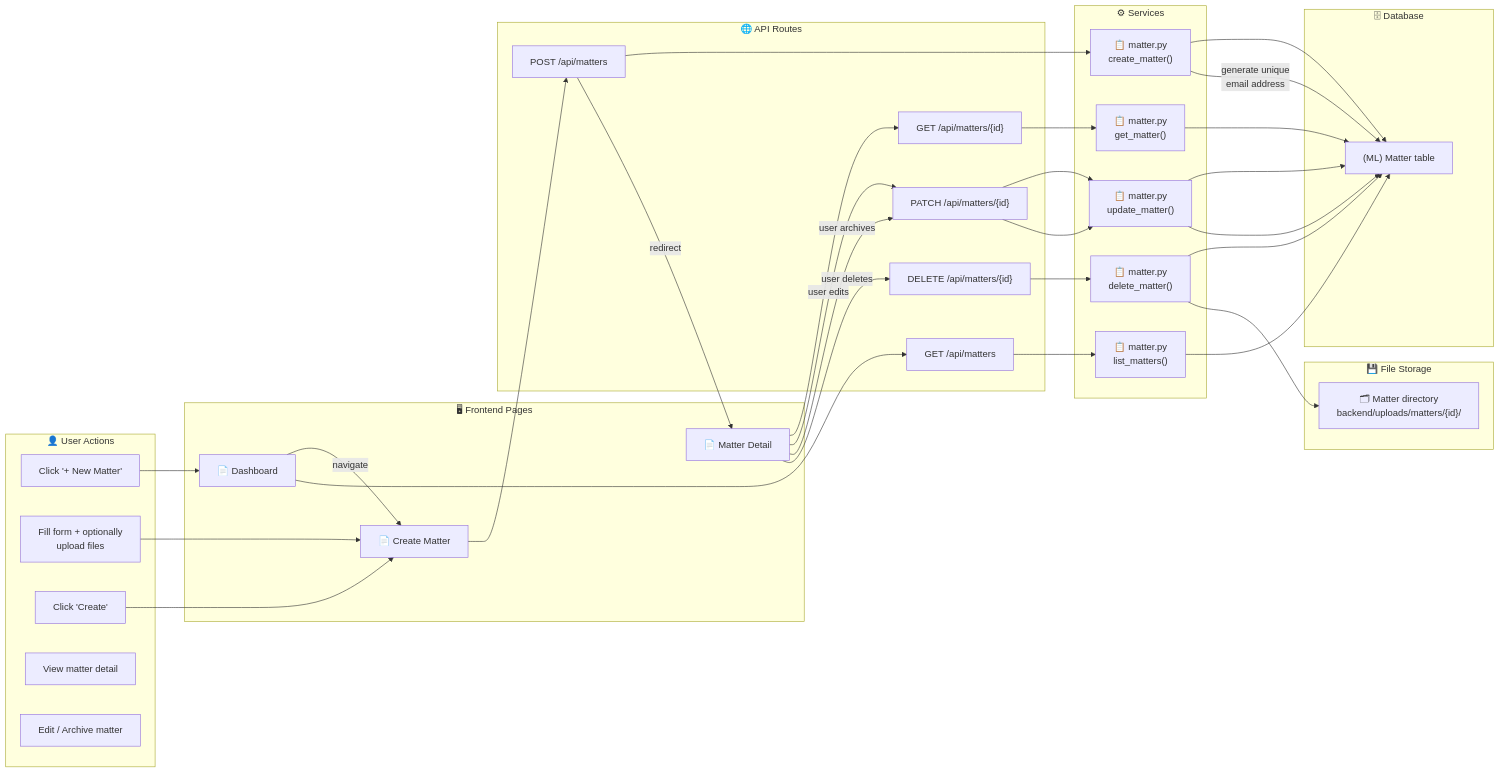
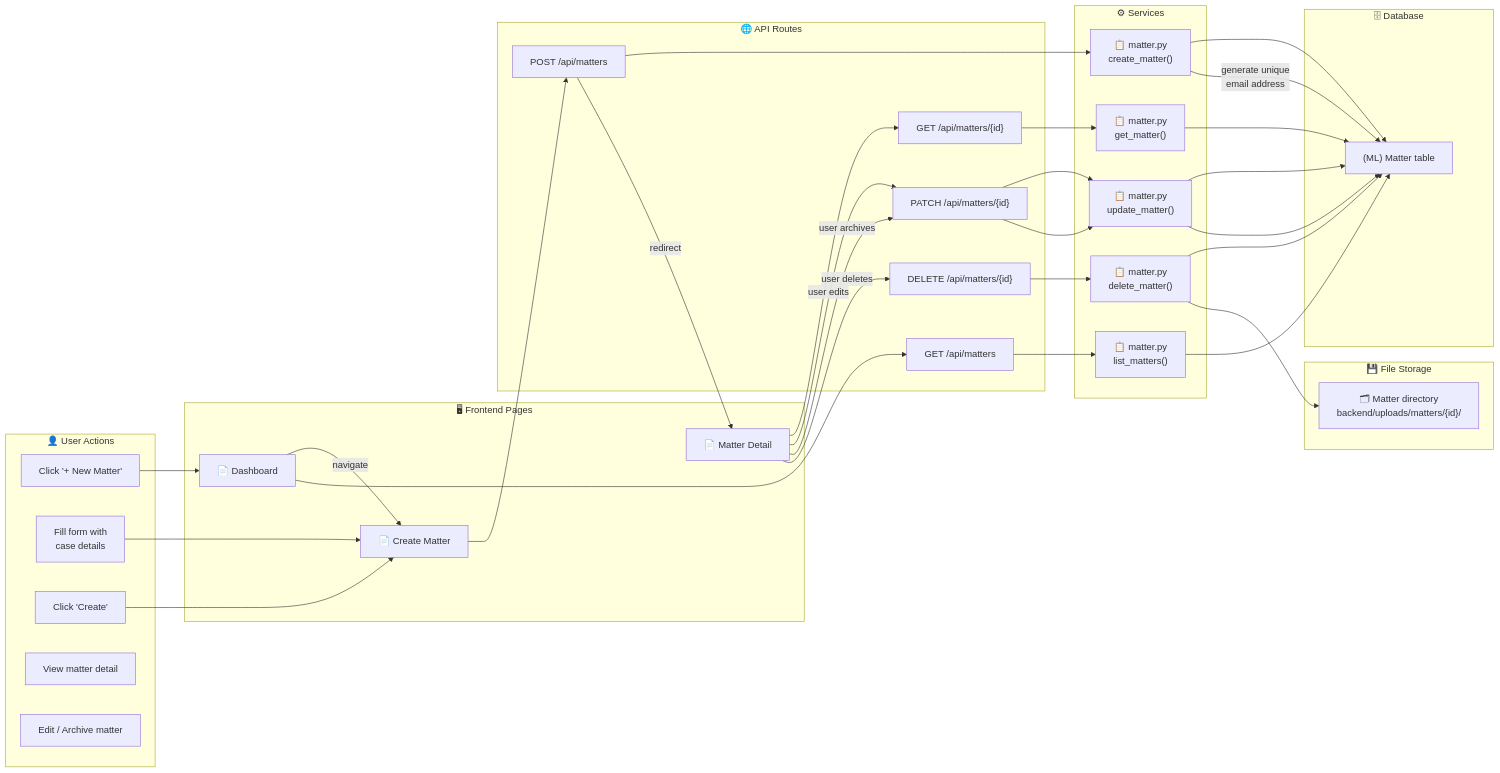
One commit to Ashutsoh1729/autolaw changed the second of 10 diagrams in docs/workflows.md. Above: the diagram before and after it, drawn with Mermaid. The commit also changed other lines of this file and 2 other files, not shown here.

Commit message:
refactor: remove file upload from CreateMatter page
Documents are uploaded separately on the MatterDetail page. Removing the
DropZone, useUpload, and file state from CreateMatter keeps the creation
flow fast and focused on metadata only.

Updates docs/workflows.md to reflect the simplified flow.

````diff
--- a/docs/workflows.md
+++ b/docs/workflows.md
@@ -103,71 +103,71 @@
 ```mermaid
 flowchart LR
     subgraph User["👤 User Actions"]
         A1["Click '+ New Matter'"]
-        A2["Fill form + optionally<br/>upload files"]
+        A2["Fill form with<br/>case details"]
         A3["Click 'Create'"]
         A4["View matter detail"]
         A5["Edit / Archive matter"]
     end
 
     subgraph Frontend["🖥 Frontend Pages"]
         F1["📄 Dashboard"]
         F2["📄 Create Matter"]
         F3["📄 Matter Detail"]
     end
 
     subgraph API["🌐 API Routes"]
         B1["POST /api/matters"]
         B2["GET /api/matters/{id}"]
         B3["PATCH /api/matters/{id}"]
         B4["DELETE /api/matters/{id}"]
         B5["GET /api/matters"]
     end
 
     subgraph Services["⚙ Services"]
         S1["📋 matter.py<br/>create_matter()"]
         S2["📋 matter.py<br/>get_matter()"]
         S3["📋 matter.py<br/>update_matter()"]
         S4["📋 matter.py<br/>delete_matter()"]
         S5["📋 matter.py<br/>list_matters()"]
     end
 
     subgraph DB["🗄 Database"]
         D1["(ML) Matter table"]
     end
 
     subgraph Storage["💾 File Storage"]
         ST1["🗂 Matter directory<br/>backend/uploads/matters/{id}/"]
     end
 
     A1 --> F1
     F1 -->|navigate| F2
     A2 --> F2
     A3 --> F2
     F2 --> B1
     B1 --> S1
     S1 --> D1
     S1 -->|generate unique<br/>email address| D1
     B1 -->|redirect| F3
 
     F3 --> B2
     B2 --> S2
     S2 --> D1
 
     F3 -->|user edits| B3
     B3 --> S3
     S3 --> D1
 
     F3 -->|user archives| B3
     B3 --> S3
     S3 --> D1
 
     F3 -->|user deletes| B4
     B4 --> S4
     S4 --> D1
     S4 --> ST1
 
     F1 --> B5
     B5 --> S5
     S5 --> D1
 ```
````
